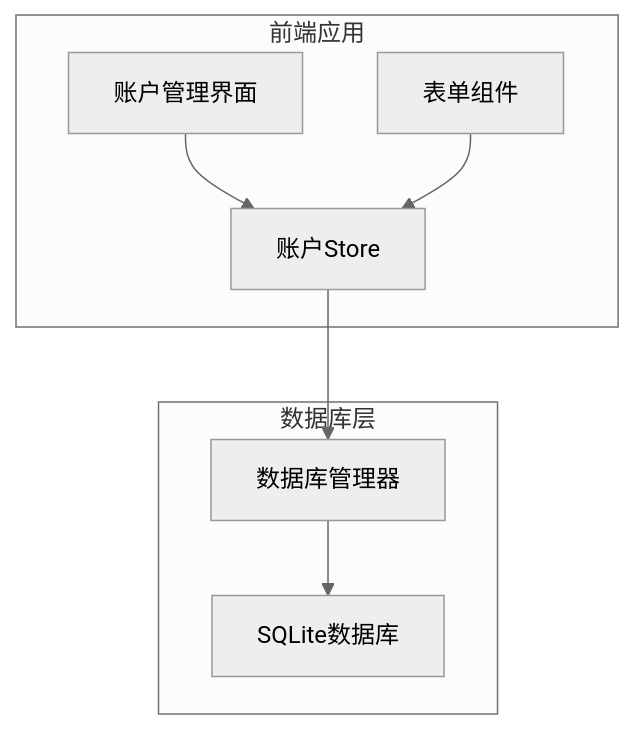
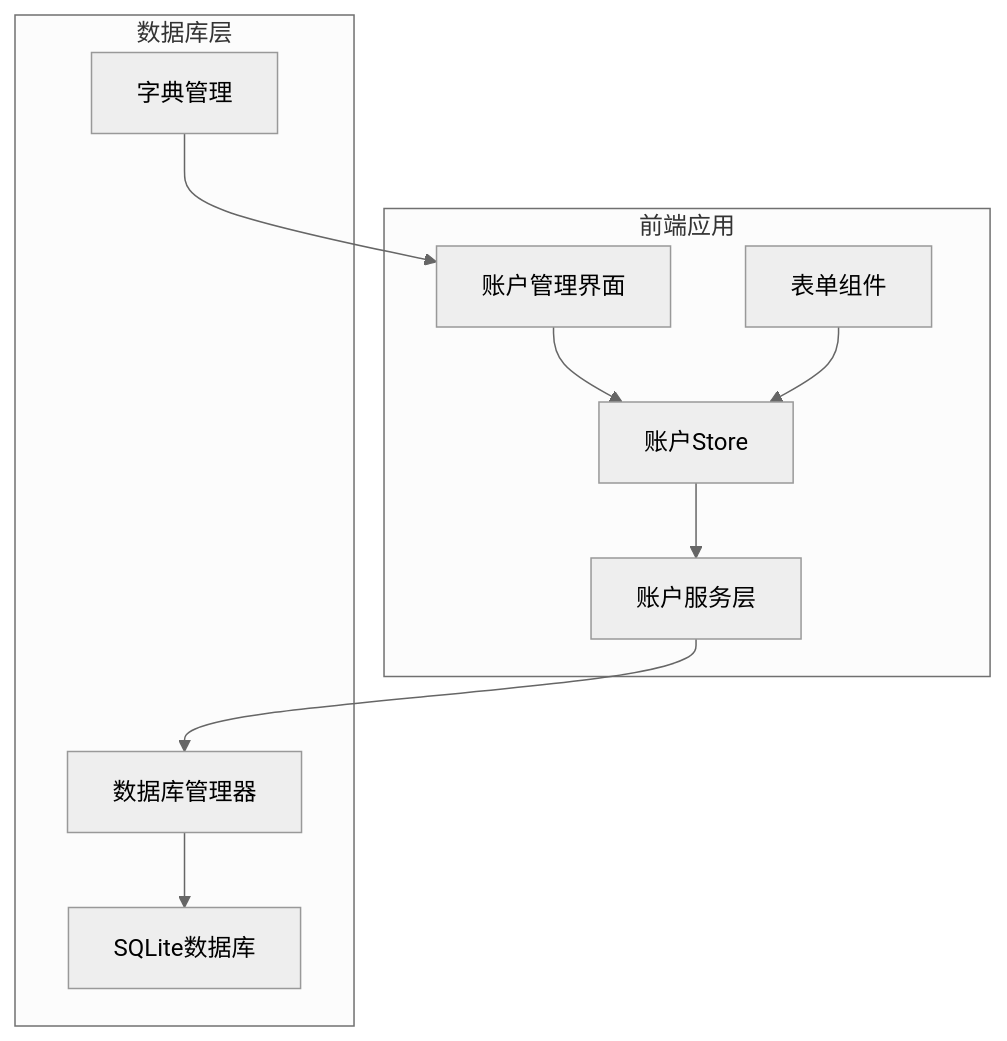
The first of 5 diagrams in .qoder/repowiki/zh/content/账户管理/账户数据模型.md (xiao-lin-unit/yuan), drawn with Mermaid (neutral theme) before and after one commit. The commit also changed other lines of this file and 19 other files, not shown here.

````diff
--- a/.qoder/repowiki/zh/content/账户管理/账户数据模型.md
+++ b/.qoder/repowiki/zh/content/账户管理/账户数据模型.md
@@ -40,16 +53,20 @@
 ```mermaid
 graph TB
 subgraph "前端应用"
 UI[账户管理界面]
 Store[账户Store]
 Form[表单组件]
+Service[账户服务层]
 end
 subgraph "数据库层"
 DBM[数据库管理器]
 SQLite[SQLite数据库]
+Dict[字典管理]
 end
 UI --> Store
 Form --> Store
-Store --> DBM
+Store --> Service
+Service --> DBM
 DBM --> SQLite
+Dict --> UI
 ```
````
